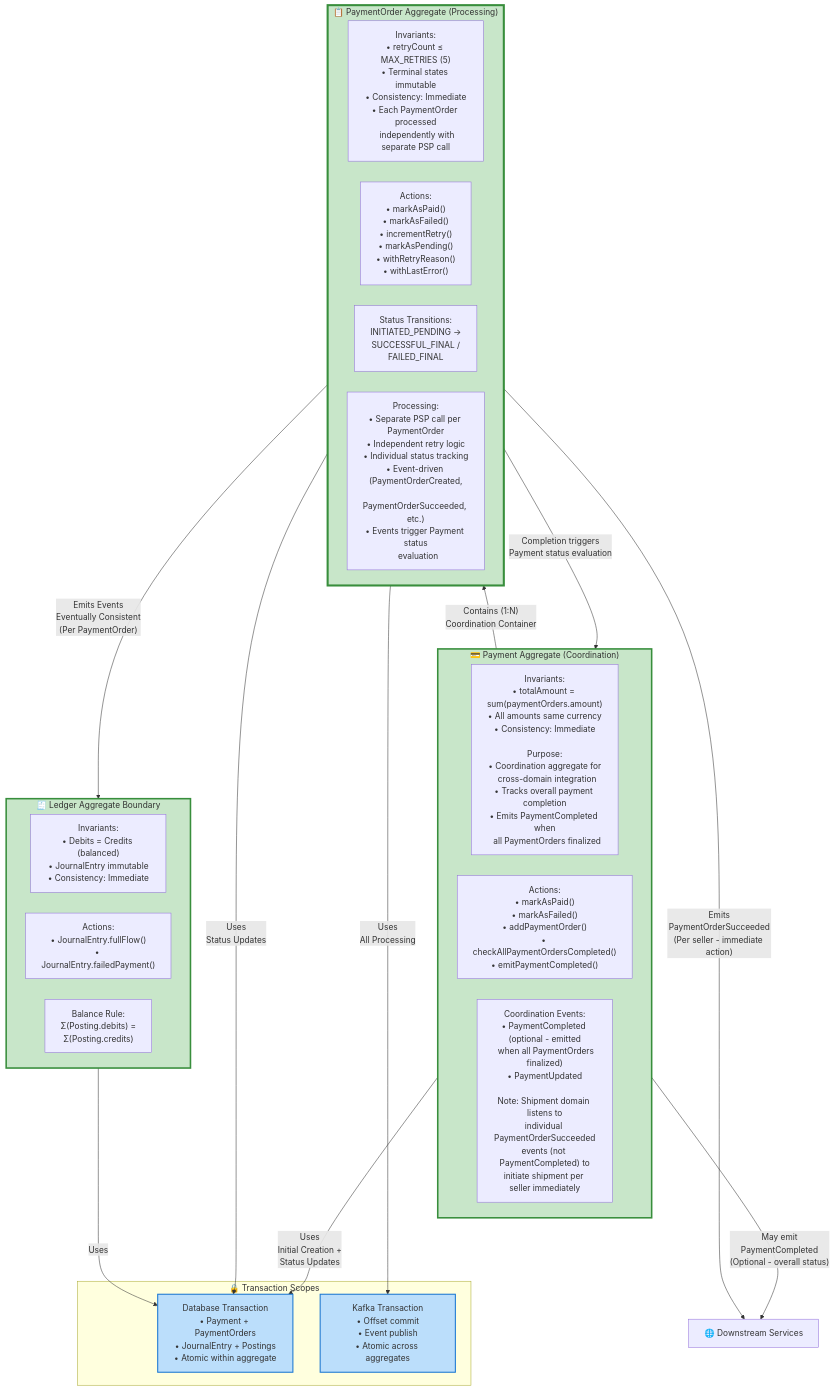
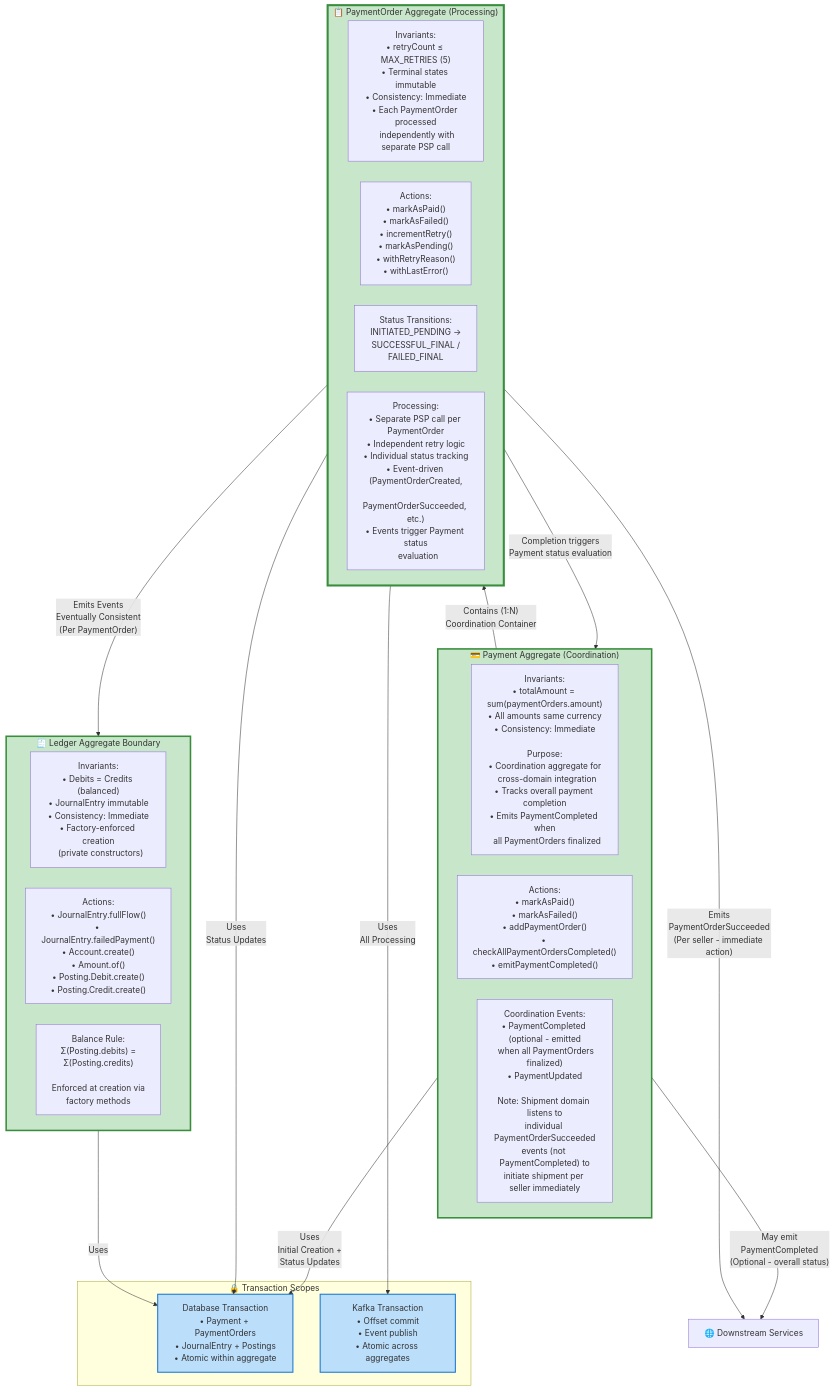
The fourth of 8 diagrams in docs/architecture-internal-reader.md (dcaglar/ecommerce-platform-kotlin), drawn with Mermaid before and after one commit. The commit also changed other lines of this file and 43 other files, not shown here.

````diff
--- a/docs/architecture-internal-reader.md
+++ b/docs/architecture-internal-reader.md
@@ -235,47 +237,47 @@
 ```mermaid
 %%{init:{'theme':'default','flowchart':{'nodeSpacing':40,'rankSpacing':50}}}%%
 flowchart TB
     classDef aggregate fill:#4CAF50,stroke:#2E7D32,stroke-width:4px;
     classDef consistency fill:#FF9800,stroke:#E65100,stroke-width:2px;
     classDef transaction fill:#2196F3,stroke:#1565C0,stroke-width:2px;
 
     subgraph Payment_Coordination_Boundary["💳 Payment Aggregate (Coordination)"]
         Payment_Invariants["Invariants:<br/>• totalAmount = sum(paymentOrders.amount)<br/>• All amounts same currency<br/>• Consistency: Immediate<br/><br/>Purpose:<br/>• Coordination aggregate for<br/>  cross-domain integration<br/>• Tracks overall payment completion<br/>• Emits PaymentCompleted when<br/>  all PaymentOrders finalized"]
         Payment_Actions["Actions:<br/>• markAsPaid()<br/>• markAsFailed()<br/>• addPaymentOrder()<br/>• checkAllPaymentOrdersCompleted()<br/>• emitPaymentCompleted()"]
         Payment_Events["Coordination Events:<br/>• PaymentCompleted (optional - emitted<br/>  when all PaymentOrders finalized)<br/>• PaymentUpdated<br/><br/>Note: Shipment domain listens to<br/>individual PaymentOrderSucceeded<br/>events (not PaymentCompleted) to<br/>initiate shipment per seller immediately"]
     end
 
     subgraph PaymentOrder_Aggregate_Boundary["📋 PaymentOrder Aggregate (Processing)"]
         PO_Invariants["Invariants:<br/>• retryCount ≤ MAX_RETRIES (5)<br/>• Terminal states immutable<br/>• Consistency: Immediate<br/>• Each PaymentOrder processed<br/>  independently with separate PSP call"]
         PO_Actions["Actions:<br/>• markAsPaid()<br/>• markAsFailed()<br/>• incrementRetry()<br/>• markAsPending()<br/>• withRetryReason()<br/>• withLastError()"]
         PO_Status["Status Transitions:<br/>INITIATED_PENDING →<br/>SUCCESSFUL_FINAL /<br/>FAILED_FINAL"]
         PO_Processing["Processing:<br/>• Separate PSP call per PaymentOrder<br/>• Independent retry logic<br/>• Individual status tracking<br/>• Event-driven (PaymentOrderCreated,<br/>  PaymentOrderSucceeded, etc.)<br/>• Events trigger Payment status<br/>  evaluation"]
     end
 
     subgraph Ledger_Aggregate_Boundary["🧾 Ledger Aggregate Boundary"]
-        Ledger_Invariants["Invariants:<br/>• Debits = Credits (balanced)<br/>• JournalEntry immutable<br/>• Consistency: Immediate"]
-        Ledger_Actions["Actions:<br/>• JournalEntry.fullFlow()<br/>• JournalEntry.failedPayment()"]
-        Ledger_Balance["Balance Rule:<br/>Σ(Posting.debits) =<br/>Σ(Posting.credits)"]
+        Ledger_Invariants["Invariants:<br/>• Debits = Credits (balanced)<br/>• JournalEntry immutable<br/>• Consistency: Immediate<br/>• Factory-enforced creation<br/>  (private constructors)"]
+        Ledger_Actions["Actions:<br/>• JournalEntry.fullFlow()<br/>• JournalEntry.failedPayment()<br/>• Account.create()<br/>• Amount.of()<br/>• Posting.Debit.create()<br/>• Posting.Credit.create()"]
+        Ledger_Balance["Balance Rule:<br/>Σ(Posting.debits) =<br/>Σ(Posting.credits)<br/><br/>Enforced at creation via<br/>factory methods"]
     end
 
     subgraph Transaction_Scopes["🔒 Transaction Scopes"]
         DB_Transaction["Database Transaction<br/>• Payment + PaymentOrders<br/>• JournalEntry + Postings<br/>• Atomic within aggregate"]
         Kafka_Transaction["Kafka Transaction<br/>• Offset commit<br/>• Event publish<br/>• Atomic across aggregates"]
     end
 
     Payment_Coordination_Boundary -->|"Contains (1:N)<br/>Coordination Container"| PaymentOrder_Aggregate_Boundary
     PaymentOrder_Aggregate_Boundary -->|"Completion triggers<br/>Payment status evaluation"| Payment_Coordination_Boundary
     PaymentOrder_Aggregate_Boundary -->|"Emits Events<br/>Eventually Consistent<br/>(Per PaymentOrder)"| Ledger_Aggregate_Boundary
     Payment_Coordination_Boundary -->|"May emit<br/>PaymentCompleted<br/>(Optional - overall status)"| CrossDomain["🌐 Downstream Services"]
     PaymentOrder_Aggregate_Boundary -->|"Emits<br/>PaymentOrderSucceeded<br/>(Per seller - immediate action)"| CrossDomain
     Payment_Coordination_Boundary -->|"Uses<br/>Initial Creation +<br/>Status Updates"| DB_Transaction
     PaymentOrder_Aggregate_Boundary -->|"Uses<br/>All Processing"| Kafka_Transaction
     PaymentOrder_Aggregate_Boundary -->|"Uses<br/>Status Updates"| DB_Transaction
     Ledger_Aggregate_Boundary -->|"Uses"| DB_Transaction
 
     style Payment_Coordination_Boundary fill:#C8E6C9,stroke:#388E3C,stroke-width:3px
     style PaymentOrder_Aggregate_Boundary fill:#C8E6C9,stroke:#388E3C,stroke-width:4px
     style Ledger_Aggregate_Boundary fill:#C8E6C9,stroke:#388E3C,stroke-width:3px
     style DB_Transaction fill:#BBDEFB,stroke:#1976D2,stroke-width:2px
     style Kafka_Transaction fill:#BBDEFB,stroke:#1976D2,stroke-width:2px
 ```
````
